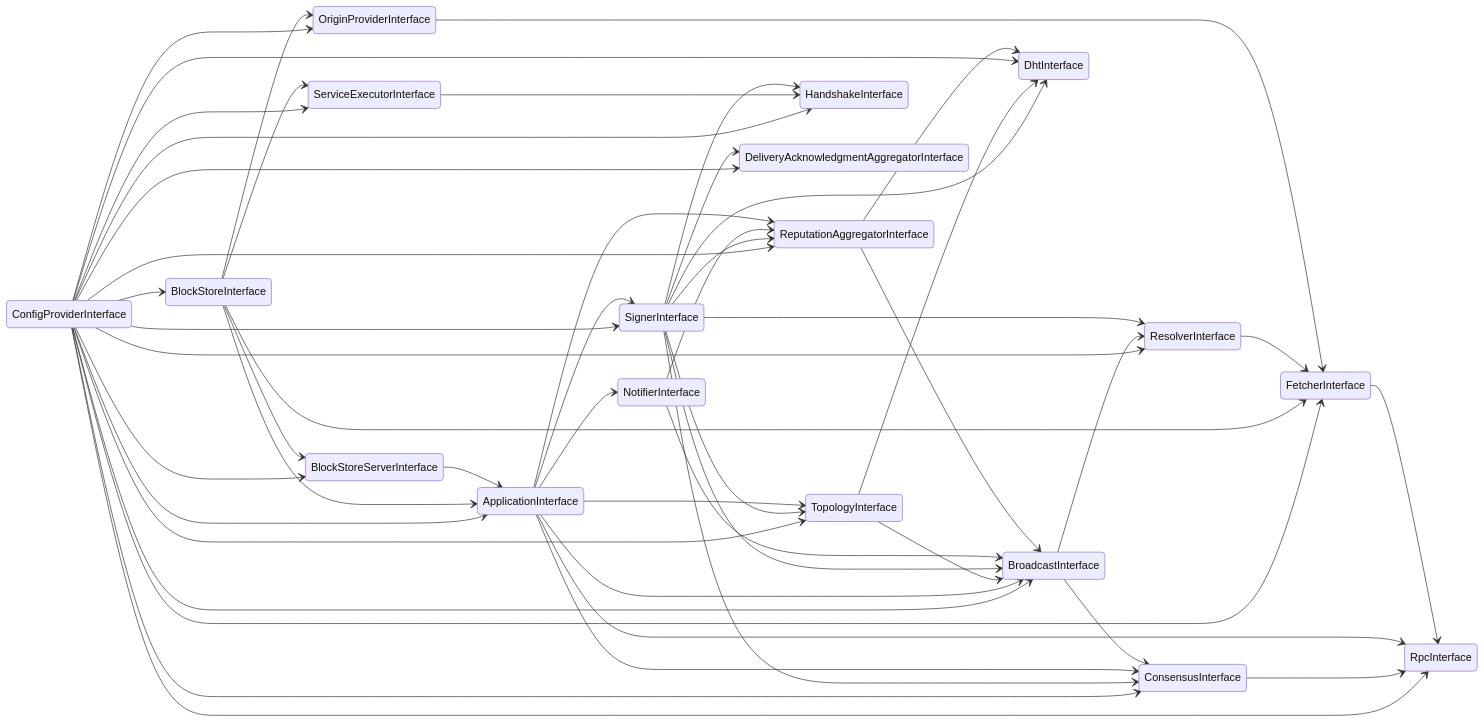
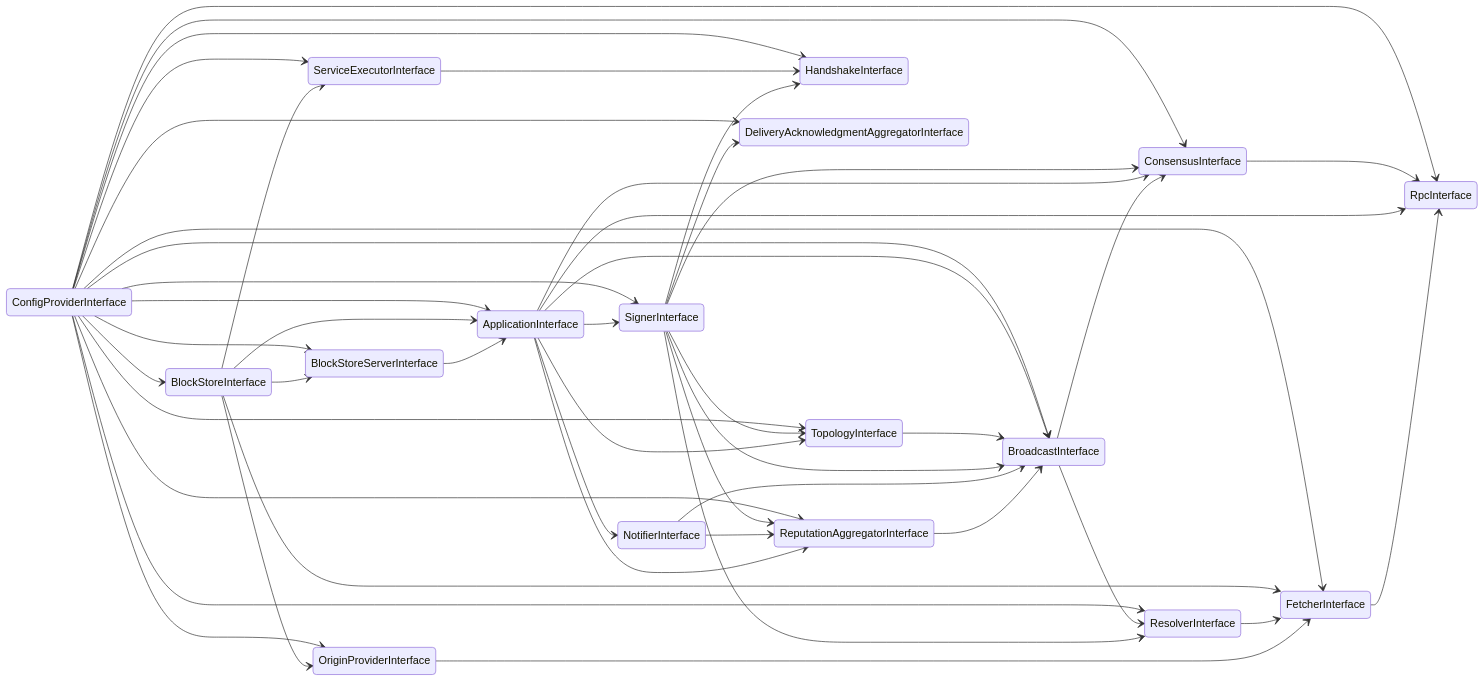
Before and after one commit to fleek-network/lightning: the diagram in core/cli/development.md, drawn with Mermaid. The commit also changed 52 other files, not shown here.

````diff
--- a/core/cli/development.md
+++ b/core/cli/development.md
@@ -6,54 +6,50 @@
 ```mermaid
 stateDiagram-v2
   direction LR
   ConfigProviderInterface --> ApplicationInterface
   BlockStoreInterface --> ApplicationInterface
   BlockStoreServerInterface --> ApplicationInterface
   ConfigProviderInterface --> BlockStoreInterface
   ConfigProviderInterface --> BlockStoreServerInterface
   BlockStoreInterface --> BlockStoreServerInterface
   ConfigProviderInterface --> BroadcastInterface
   ApplicationInterface --> BroadcastInterface
   TopologyInterface --> BroadcastInterface
   SignerInterface --> BroadcastInterface
   NotifierInterface --> BroadcastInterface
   ReputationAggregatorInterface --> BroadcastInterface
   ConfigProviderInterface --> TopologyInterface
   SignerInterface --> TopologyInterface
   ApplicationInterface --> TopologyInterface
   ConfigProviderInterface --> ConsensusInterface
   SignerInterface --> ConsensusInterface
   ApplicationInterface --> ConsensusInterface
   BroadcastInterface --> ConsensusInterface
   ConfigProviderInterface --> HandshakeInterface
   ServiceExecutorInterface --> HandshakeInterface
   SignerInterface --> HandshakeInterface
   ApplicationInterface --> NotifierInterface
   ConfigProviderInterface --> OriginProviderInterface
   BlockStoreInterface --> OriginProviderInterface
   ConfigProviderInterface --> DeliveryAcknowledgmentAggregatorInterface
   SignerInterface --> DeliveryAcknowledgmentAggregatorInterface
   ConfigProviderInterface --> ReputationAggregatorInterface
   SignerInterface --> ReputationAggregatorInterface
   NotifierInterface --> ReputationAggregatorInterface
   ApplicationInterface --> ReputationAggregatorInterface
   ConfigProviderInterface --> ResolverInterface
   BroadcastInterface --> ResolverInterface
   SignerInterface --> ResolverInterface
   ConfigProviderInterface --> RpcInterface
   ConsensusInterface --> RpcInterface
   ApplicationInterface --> RpcInterface
   FetcherInterface --> RpcInterface
-  SignerInterface --> DhtInterface
-  TopologyInterface --> DhtInterface
-  ConfigProviderInterface --> DhtInterface
-  ReputationAggregatorInterface --> DhtInterface
   ConfigProviderInterface --> ServiceExecutorInterface
   BlockStoreInterface --> ServiceExecutorInterface
   ConfigProviderInterface --> SignerInterface
   ApplicationInterface --> SignerInterface
   ConfigProviderInterface --> FetcherInterface
   BlockStoreInterface --> FetcherInterface
   ResolverInterface --> FetcherInterface
   OriginProviderInterface --> FetcherInterface
 ```
````
